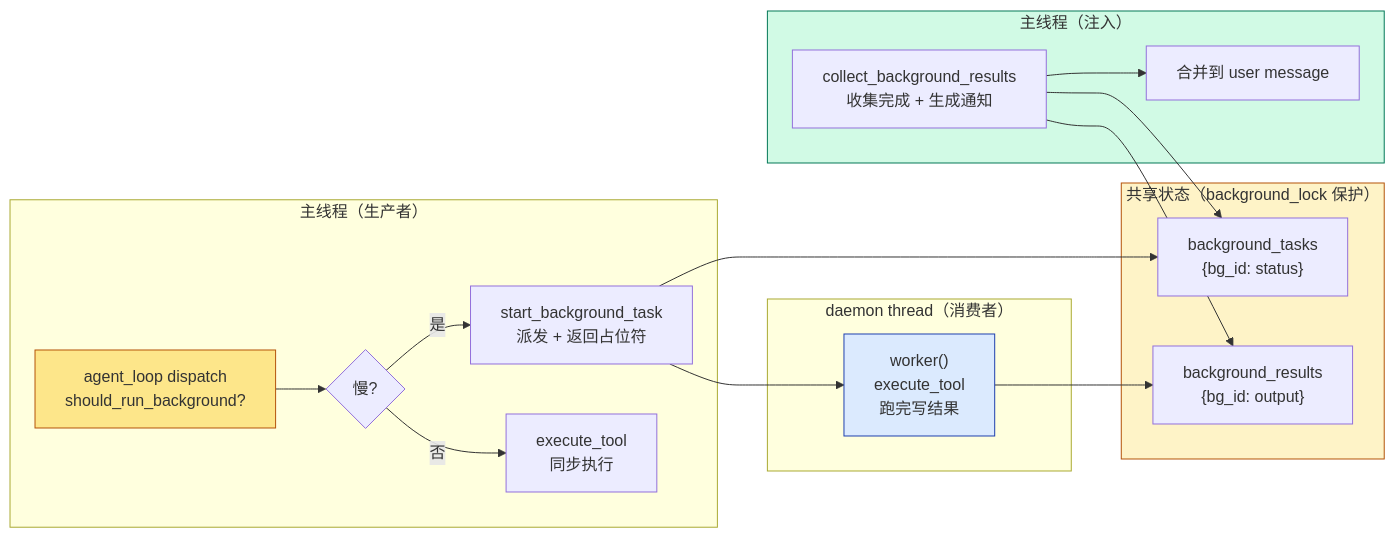
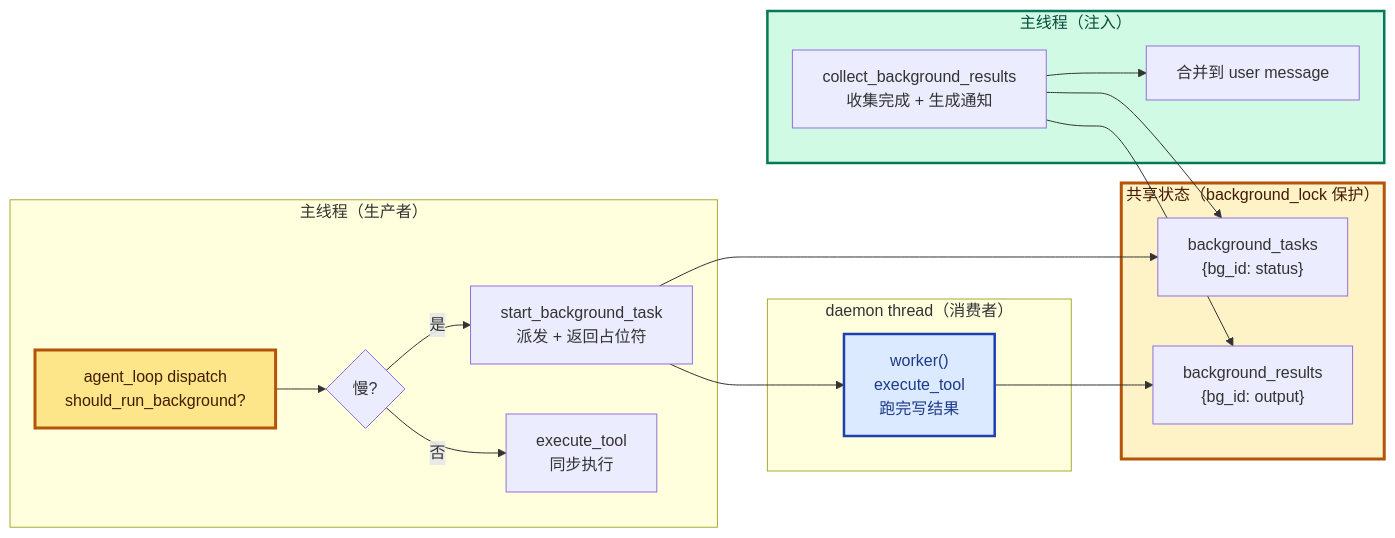
The first of 5 diagrams in Agent/Harness/Claude Code/Phase 4 - 长时间任务/13 - Background Tasks.md (PyrePuin/From-Zero-LLM-Agent-Infra-Notes), drawn with Mermaid before and after one commit. The commit also changed other lines of this file and 23 other files, not shown here.

First line of the commit message:
refactor(mermaid): 统一所有图的视觉规范

````diff
--- a/Agent/Harness/Claude Code/Phase 4 - 长时间任务/13 - Background Tasks.md
+++ b/Agent/Harness/Claude Code/Phase 4 - 长时间任务/13 - Background Tasks.md
@@ -122,38 +122,39 @@
 ```mermaid
+%%{init: {'themeVariables': {'fontSize': '16px', 'fontFamily': 'ui-sans-serif, system-ui, -apple-system, "Segoe UI", Roboto, sans-serif'}}}%%
 flowchart LR
     subgraph Producer["主线程（生产者）"]
         Main["agent_loop dispatch<br/>should_run_background?"]
         Decision{"慢?"}
         Start["start_background_task<br/>派发 + 返回占位符"]
         Sync["execute_tool<br/>同步执行"]
     end
 
     subgraph Consumer["daemon thread（消费者）"]
         Worker["worker()<br/>execute_tool<br/>跑完写结果"]
     end
 
     subgraph Shared["共享状态（background_lock 保护）"]
         BT["background_tasks<br/>{bg_id: status}"]
         BR["background_results<br/>{bg_id: output}"]
     end
 
     subgraph Inject["主线程（注入）"]
         Collect["collect_background_results<br/>收集完成 + 生成通知"]
         Msg["合并到 user message"]
     end
 
     Main --> Decision
     Decision -->|"是"| Start
     Decision -->|"否"| Sync
     Start --> Worker
     Start --> BT
     Worker --> BR
     Collect --> BT
     Collect --> BR
     Collect --> Msg
 
-    style Main fill:#fde68a,stroke:#b45309
-    style Worker fill:#dbeafe,stroke:#1e40af
-    style Shared fill:#fef3c7,stroke:#b45309
-    style Inject fill:#d1fae5,stroke:#047857
+    style Main fill:#fde68a,stroke:#b45309,stroke-width:3px,color:#451a03
+    style Worker fill:#dbeafe,stroke:#1e40af,stroke-width:2.5px,color:#1e3a8a
+    style Shared fill:#fef3c7,stroke:#b45309,stroke-width:3px,color:#451a03
+    style Inject fill:#d1fae5,stroke:#047857,stroke-width:2.5px,color:#064e3b
 ```
````
